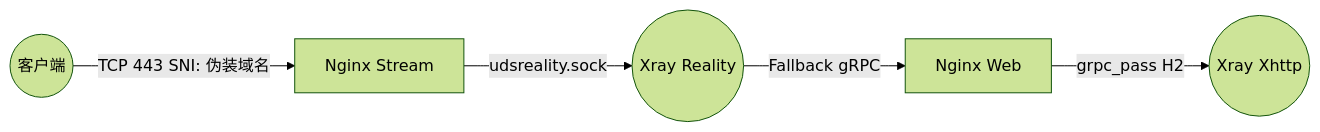
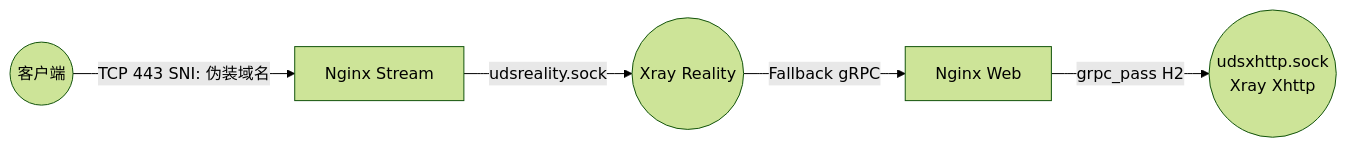
The fifth of 17 diagrams in docs/02-protocols-and-security.md (currycan/sb-xray), drawn with Mermaid (forest theme) before and after one commit. The commit also changed other lines of this file and 5 other files, not shown here.

````diff
--- a/docs/02-protocols-and-security.md
+++ b/docs/02-protocols-and-security.md
@@ -281,7 +268,7 @@
-  ```mermaid
-  graph LR
-      User((客户端)) -- "TCP 443 SNI: 伪装域名" --> NginxStream["Nginx Stream"]
-      NginxStream -- "udsreality.sock" --> Reality(("Xray Reality"))
-      Reality -- "Fallback gRPC" --> NginxWeb["Nginx Web"]
-      NginxWeb -- "grpc_pass H2" --> Xhttp(("Xray Xhttp"))
-  ```
+```mermaid
+graph LR
+    User((客户端)) -- "TCP 443 SNI: 伪装域名" --> NginxStream["Nginx Stream"]
+    NginxStream -- "udsreality.sock" --> Reality(("Xray Reality"))
+    Reality -- "Fallback gRPC" --> NginxWeb["Nginx Web"]
+    NginxWeb -- "grpc_pass H2" --> Xhttp(("udsxhttp.sock<br/>Xray Xhttp"))
+```
````
